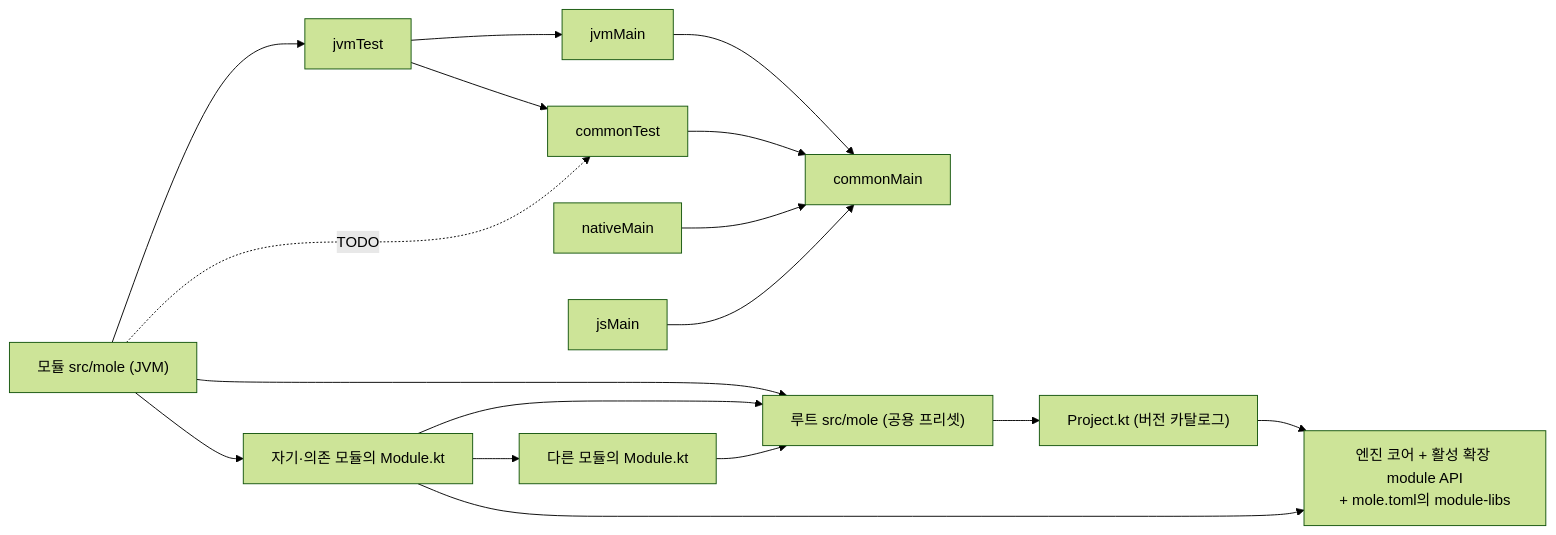
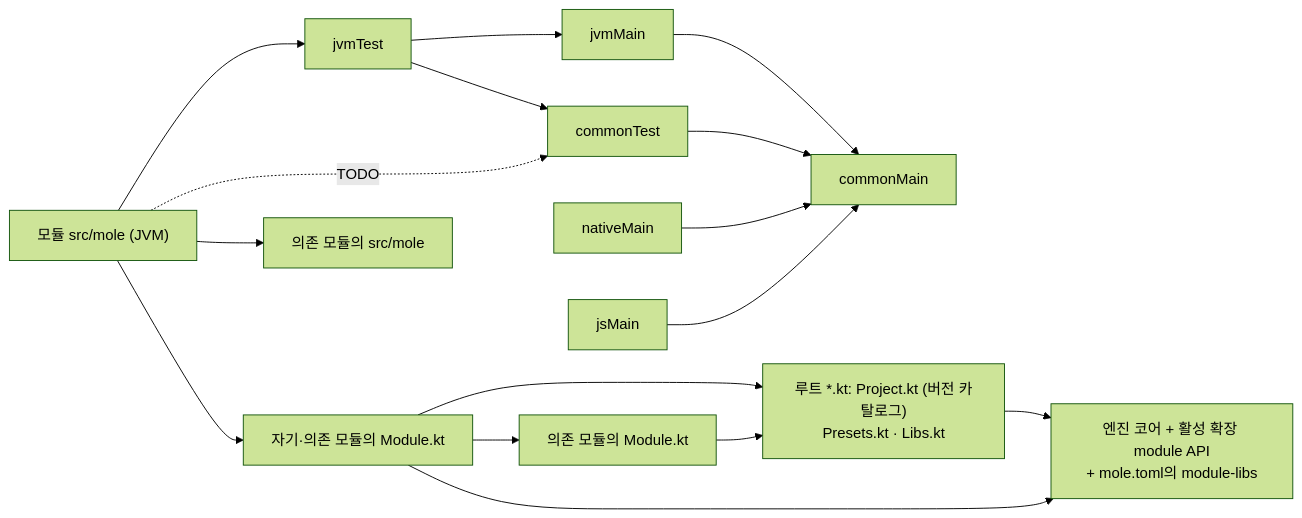
One commit to JustBurrow/JustBurrow.github.io changed the second of 2 diagrams in _posts/2026-09-21-mole-quick-start.md. Above: the diagram before and after it, drawn with Mermaid (forest theme). The commit also changed other lines of this file, not shown here.

First line of the commit message:
🖊️ A 단계를 단일 컴파일 단위로, 루트 src/mole은 자동화로 되돌림.

````diff
--- a/_posts/2026-09-21-mole-quick-start.md
+++ b/_posts/2026-09-21-mole-quick-start.md
@@ -191,16 +191,15 @@
 ```mermaid
 flowchart LR
     mole["모듈 src/mole (JVM)"] --> jvmTest --> jvmMain --> commonMain
     jvmTest --> commonTest --> commonMain
     mole -.->|TODO| commonTest
     mole --> Module["자기·의존 모듈의 Module.kt"]
-    mole --> rootMole
-    Module --> otherModule["다른 모듈의 Module.kt"]
-    Module --> rootMole["루트 src/mole (공용 프리셋)"]
-    otherModule --> rootMole
-    rootMole --> Project["Project.kt (버전 카탈로그)"]
-    Project --> engine["엔진 코어 + 활성 확장 module API<br/>+ mole.toml의 module-libs"]
+    mole --> otherTasks["의존 모듈의 src/mole"]
+    Module --> otherModule["의존 모듈의 Module.kt"]
+    Module --> root["루트 *.kt: Project.kt (버전 카탈로그)<br/>Presets.kt · Libs.kt"]
+    otherModule --> root
+    root --> engine["엔진 코어 + 활성 확장 module API<br/>+ mole.toml의 module-libs"]
     Module --> engine
     nativeMain --> commonMain
     jsMain --> commonMain
 ```
````
